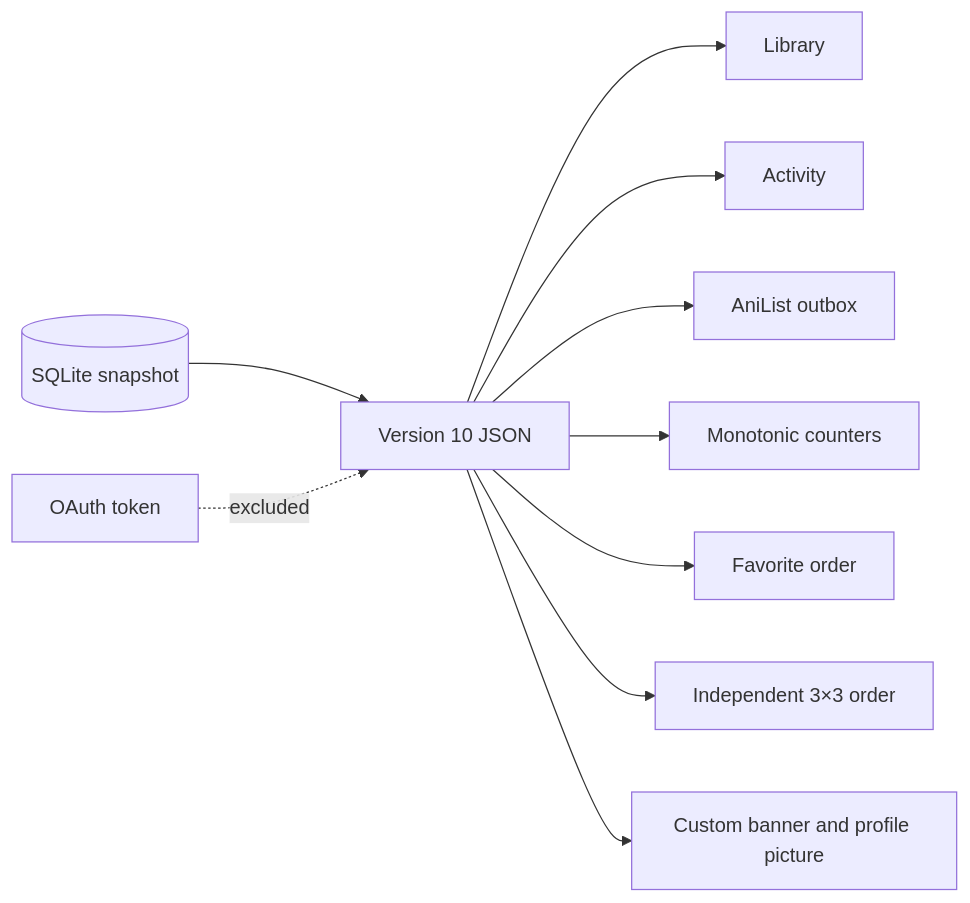
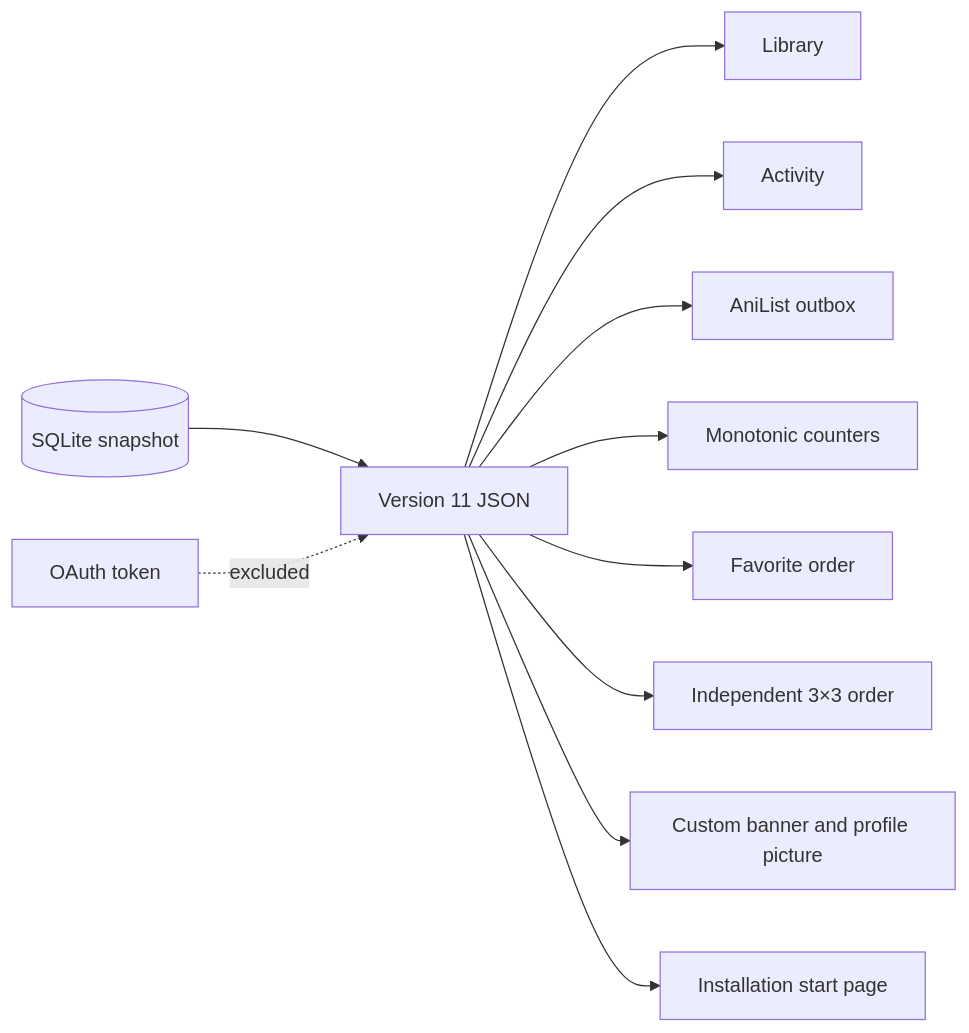
The fifth of 5 diagrams in DIAGRAMS.MD (GMkonan/honne), drawn with Mermaid before and after one commit. The commit also changed other lines of this file and 31 other files, not shown here.

Commit message:
feat: add installation-wide start page preference

````diff
--- a/DIAGRAMS.MD
+++ b/DIAGRAMS.MD
@@ -141,12 +141,13 @@
 ```mermaid
 flowchart LR
-    SQLite[(SQLite snapshot)] --> Export[Version 10 JSON]
+    SQLite[(SQLite snapshot)] --> Export[Version 11 JSON]
     Export --> Media[Library]
     Export --> Activity[Activity]
     Export --> Outbox[AniList outbox]
     Export --> Counters[Monotonic counters]
     Export --> Favorites[Favorite order]
     Export --> TopNine[Independent 3×3 order]
     Export --> Appearance[Custom banner and profile picture]
+    Export --> Preferences[Installation start page]
     Secret[OAuth token] -. excluded .-> Export
 ```
````
